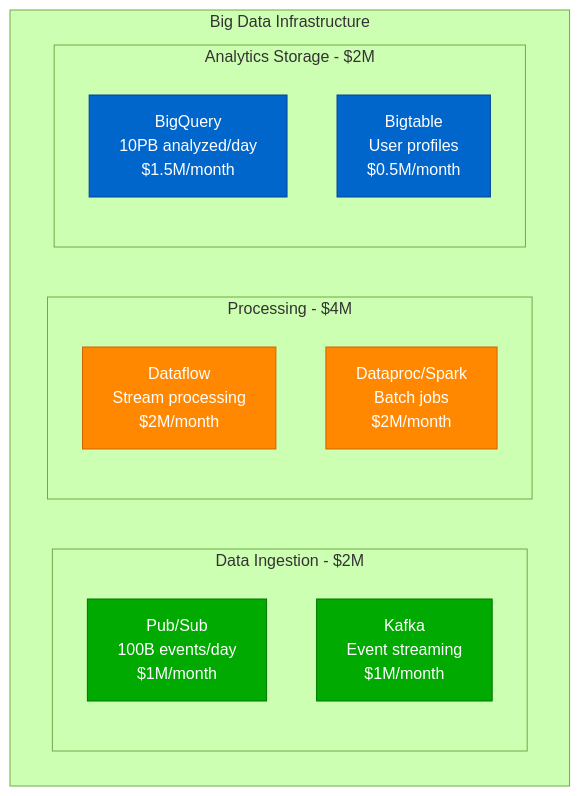
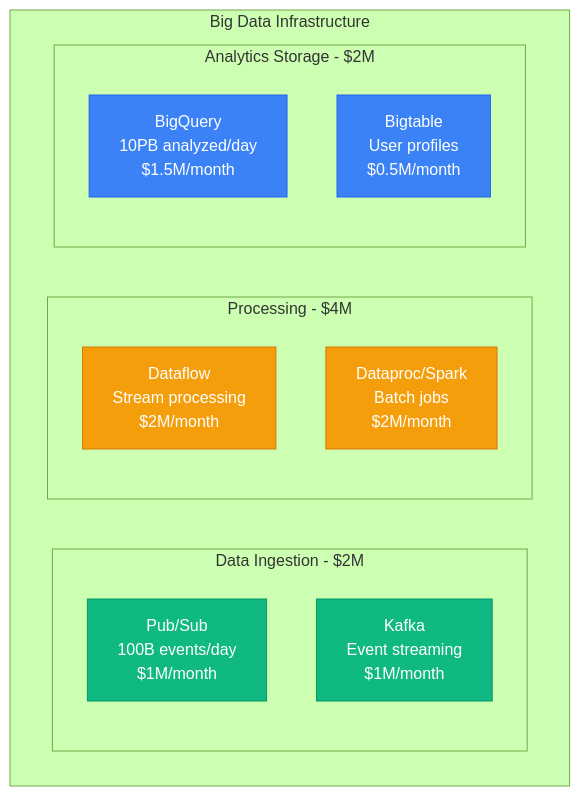
One commit to deepaucksharma/DS changed the fifth of 9 diagrams in site/docs/costs/spotify-infrastructure-breakdown.md. Above: the diagram before and after it, drawn with Mermaid (forest theme). The commit also changed other lines of this file and 303 other files, not shown here.

````diff
--- a/site/docs/costs/spotify-infrastructure-breakdown.md
+++ b/site/docs/costs/spotify-infrastructure-breakdown.md
@@ -185,28 +185,28 @@
 ```mermaid
 graph TB
     subgraph DataPlatform[Big Data Infrastructure]
         subgraph Ingestion[Data Ingestion - $2M]
             PUBSUB[Pub/Sub<br/>100B events/day<br/>$1M/month]
             KAFKA[Kafka<br/>Event streaming<br/>$1M/month]
         end
 
         subgraph Processing[Processing - $4M]
             DATAFLOW[Dataflow<br/>Stream processing<br/>$2M/month]
             SPARK[Dataproc/Spark<br/>Batch jobs<br/>$2M/month]
         end
 
         subgraph Storage[Analytics Storage - $2M]
             BIGQUERY[BigQuery<br/>10PB analyzed/day<br/>$1.5M/month]
             BIGTABLE[Bigtable<br/>User profiles<br/>$0.5M/month]
         end
     end
 
     %% Apply colors
-    classDef ingestionStyle fill:#00AA00,stroke:#007700,color:#fff
-    classDef processingStyle fill:#FF8800,stroke:#CC6600,color:#fff
-    classDef storageStyle fill:#0066CC,stroke:#004499,color:#fff
+    classDef ingestionStyle fill:#10B981,stroke:#059669,color:#fff
+    classDef processingStyle fill:#F59E0B,stroke:#D97706,color:#fff
+    classDef storageStyle fill:#3B82F6,stroke:#2563EB,color:#fff
 
     class PUBSUB,KAFKA ingestionStyle
     class DATAFLOW,SPARK processingStyle
     class BIGQUERY,BIGTABLE storageStyle
 ```
````
